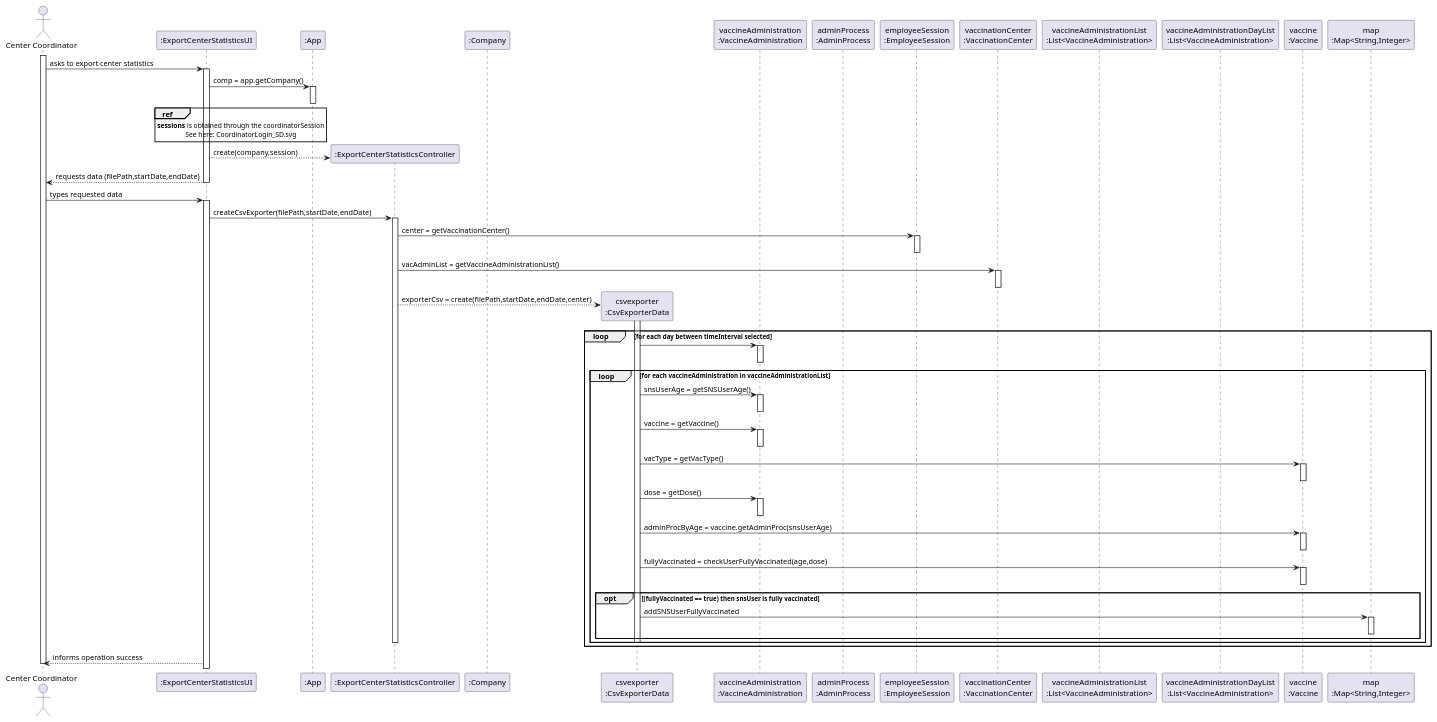
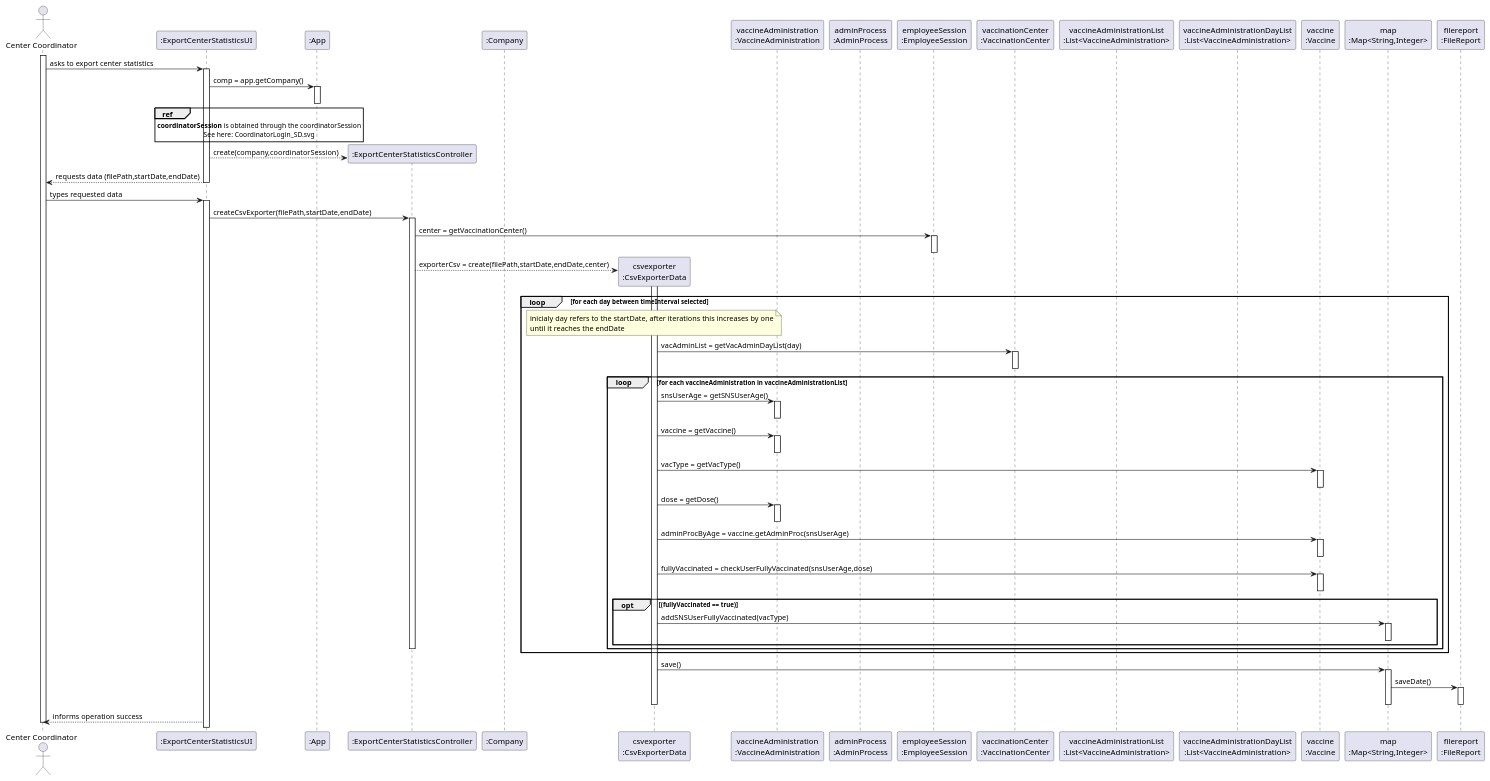
The diagram in docs/SprintD/US15/SD/US15_SD.puml (miseEnPlace-i/lapr2), drawn with PlantUML before and after one commit. The commit also changed 2 other files, not shown here.

```diff
--- a/docs/SprintD/US15/SD/US15_SD.puml
+++ b/docs/SprintD/US15/SD/US15_SD.puml
@@ -1,101 +1,111 @@
 @startuml US15_SD
 
 actor "Center Coordinator" as COORDINATOR
 
 participant ":ExportCenterStatisticsUI" as UI
 participant ":App" as APP
 participant ":ExportCenterStatisticsController" as CTRL
 participant ":Company" as COMP
 participant "csvexporter\n:CsvExporterData" as EXPORTER
 participant "vaccineAdministration\n:VaccineAdministration" as VACADMIN
 participant "adminProcess\n:AdminProcess" as ADMINPROC
 participant "employeeSession\n:EmployeeSession" as EMPLOYEESESSION
 participant "vaccinationCenter\n:VaccinationCenter" as CENTER
 participant "vaccineAdministrationList\n:List<VaccineAdministration>" as VACADMINLIST
 participant "vaccineAdministrationDayList\n:List<VaccineAdministration>" as VACDAYLIST
 participant "vaccine\n:Vaccine" as VACCINE
 participant "map\n:Map<String,Integer>" as MAP
+participant "filereport\n:FileReport" as FILEREPORT
 
 activate COORDINATOR
 COORDINATOR -> UI : asks to export center statistics
 activate UI
 
 UI -> APP : comp = app.getCompany()
 activate APP
 deactivate APP
 
 ref over UI 
-**sessions** is obtained through the coordinatorSession
+**coordinatorSession** is obtained through the coordinatorSession
 See here: CoordinatorLogin_SD.svg
 end ref
 
-UI --> CTRL** : create(company,session)
+UI --> CTRL** : create(company,coordinatorSession)
 
 UI --> COORDINATOR : requests data (filePath,startDate,endDate)
 deactivate UI
 
 COORDINATOR -> UI : types requested data
 activate UI
 
 UI -> CTRL : createCsvExporter(filePath,startDate,endDate)
 activate CTRL
 
 CTRL -> EMPLOYEESESSION : center = getVaccinationCenter()
 activate EMPLOYEESESSION
 deactivate EMPLOYEESESSION
 
-CTRL -> CENTER : vacAdminList = getVaccineAdministrationList()
-activate CENTER
-deactivate CENTER
-
 CTRL --> EXPORTER** : exporterCsv = create(filePath,startDate,endDate,center)
 
 loop for each day between timeInterval selected
+note over EXPORTER
+inicialy day refers to the startDate, after iterations this increases by one
+until it reaches the endDate
+end note
+
 activate EXPORTER
 
-EXPORTER -> VACADMIN : 
-activate VACADMIN
-deactivate VACADMIN
+EXPORTER -> CENTER : vacAdminList = getVacAdminDayList(day)
+activate CENTER
+deactivate CENTER
 
 loop for each vaccineAdministration in vaccineAdministrationList
 
 EXPORTER -> VACADMIN :  snsUserAge = getSNSUserAge()
 activate VACADMIN
 deactivate VACADMIN
 
 EXPORTER -> VACADMIN : vaccine = getVaccine()
 activate VACADMIN
 deactivate VACADMIN
 
 EXPORTER -> VACCINE : vacType = getVacType()
 activate VACCINE
 deactivate VACCINE
 
 EXPORTER -> VACADMIN : dose = getDose()
 activate VACADMIN
 deactivate VACADMIN
 
 EXPORTER -> VACCINE : adminProcByAge = vaccine.getAdminProc(snsUserAge)
 activate VACCINE
 deactivate VACCINE
 
-EXPORTER -> VACCINE : fullyVaccinated = checkUserFullyVaccinated(age,dose)
+EXPORTER -> VACCINE : fullyVaccinated = checkUserFullyVaccinated(snsUserAge,dose)
 activate VACCINE
 deactivate VACCINE
 
-opt (fullyVaccinated == true) then snsUser is fully vaccinated 
-EXPORTER -> MAP : addSNSUserFullyVaccinated
+opt (fullyVaccinated == true) 
+EXPORTER -> MAP : addSNSUserFullyVaccinated(vacType)
 activate MAP
 deactivate MAP
 end
 
-deactivate EXPORTER
 deactivate CTRL
 end
 end
+
+EXPORTER -> MAP : save()
+activate MAP
+
+MAP -> FILEREPORT : saveDate()
+activate FILEREPORT
+deactivate FILEREPORT
+deactivate MAP
+deactivate EXPORTER
 
 UI --> COORDINATOR : informs operation success
 
 deactivate COORDINATOR 
 
 @enduml
```
